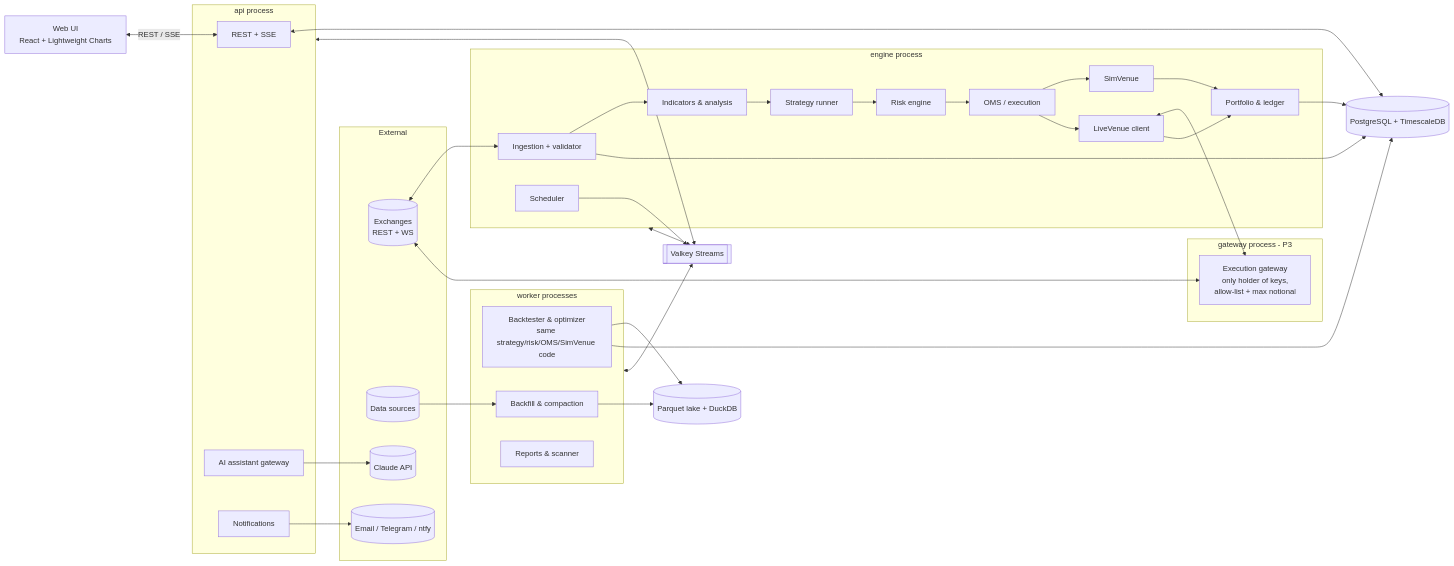
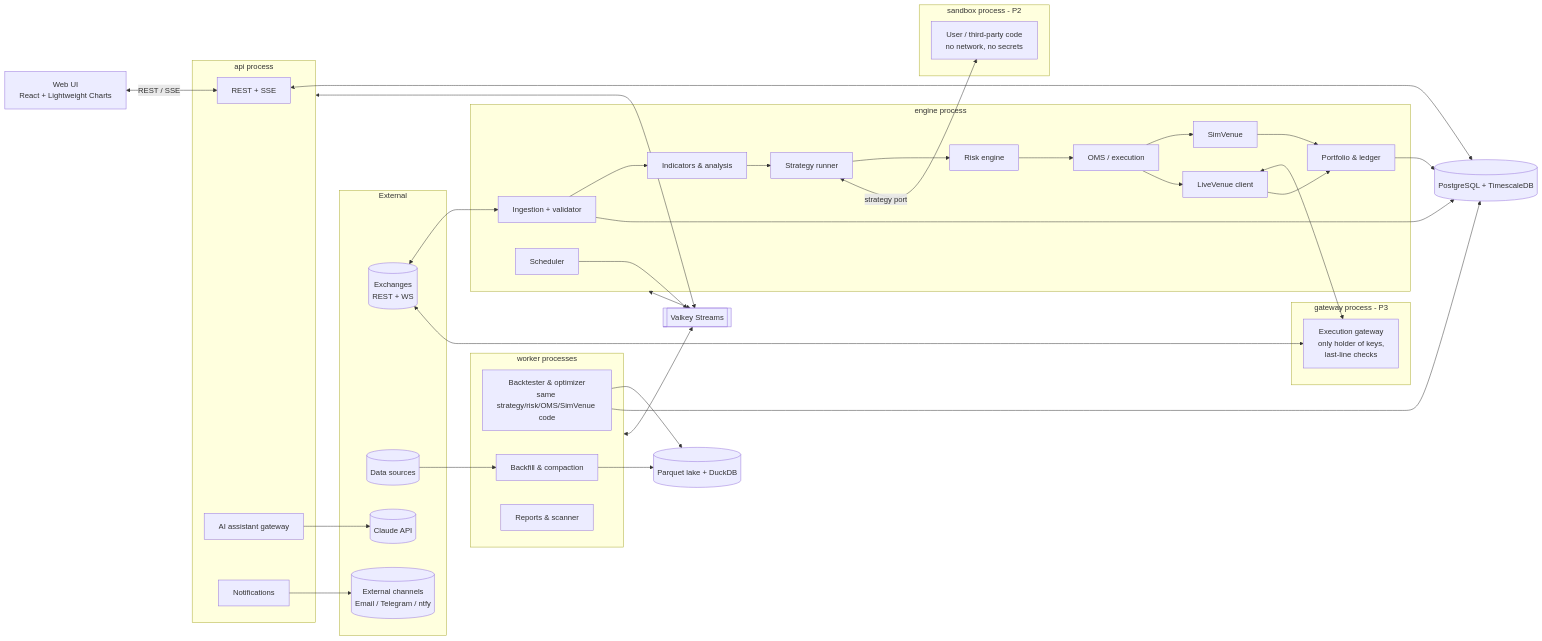
The first of 3 diagrams in docs/planning/06-data-and-architecture.md (richiesomething/Ubik), drawn with Mermaid before and after one commit. The commit also changed other lines of this file and 6 other files, not shown here.

````diff
--- a/docs/planning/06-data-and-architecture.md
+++ b/docs/planning/06-data-and-architecture.md
@@ -251,58 +275,62 @@
 ```mermaid
 flowchart LR
   subgraph EXT[External]
     EX[(Exchanges<br/>REST + WS)]
     DSRC[(Data sources)]
     LLM[(Claude API)]
-    PUSH[(Email / Telegram / ntfy)]
+    CHAN[(External channels<br/>Email / Telegram / ntfy)]
   end
   subgraph ENG[engine process]
     ING[Ingestion + validator]
     IND[Indicators & analysis]
     STR[Strategy runner]
     RISK[Risk engine]
     OMS[OMS / execution]
     SIM[SimVenue]
     LIVE[LiveVenue client]
     LED[Portfolio & ledger]
     SCH[Scheduler]
   end
   subgraph GWP[gateway process - P3]
-    GW[Execution gateway<br/>only holder of keys,<br/>allow-list + max notional]
+    GW[Execution gateway<br/>only holder of keys,<br/>last-line checks]
+  end
+  subgraph SBXP[sandbox process - P2]
+    SBX[User / third-party code<br/>no network, no secrets]
   end
   subgraph WRK[worker processes]
     BT[Backtester & optimizer<br/>same strategy/risk/OMS/SimVenue code]
     BF[Backfill & compaction]
     REP[Reports & scanner]
   end
   subgraph APIP[api process]
     API[REST + SSE]
     AST[AI assistant gateway]
     NOTI[Notifications]
   end
   UI[Web UI<br/>React + Lightweight Charts]
   PG[(PostgreSQL + TimescaleDB)]
   LAKE[(Parquet lake + DuckDB)]
   BUS[[Valkey Streams]]
 
   EX <--> ING
   LIVE <--> GW
   GW <--> EX
   DSRC --> BF
   ING --> IND --> STR --> RISK --> OMS
   OMS --> SIM --> LED
   OMS --> LIVE --> LED
   ING --> PG
   LED --> PG
   BF --> LAKE
   BT --> LAKE
   BT --> PG
   ENG <--> BUS
   WRK <--> BUS
   APIP <--> BUS
   API <--> PG
   UI <-->|REST / SSE| API
   AST --> LLM
-  NOTI --> PUSH
+  NOTI --> CHAN
+  STR <-->|strategy port| SBX
   SCH --> BUS
 ```
````
